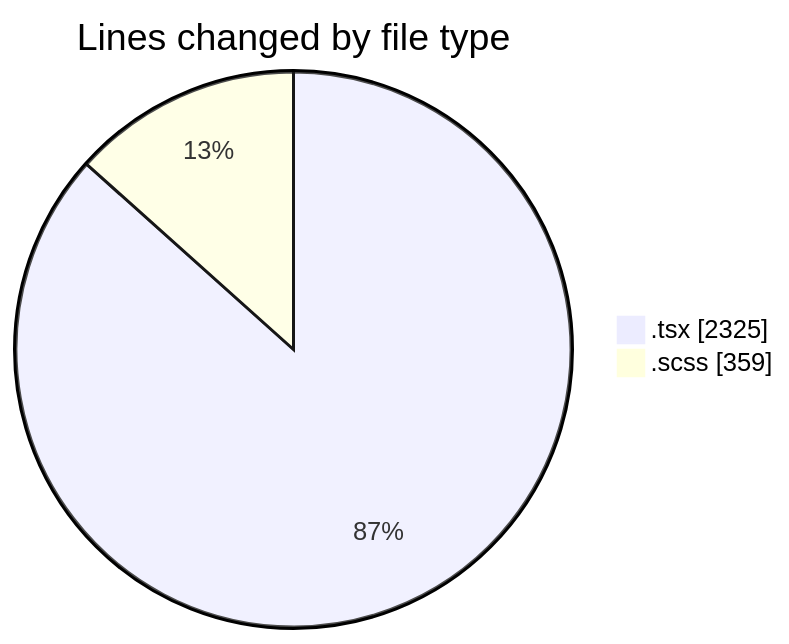
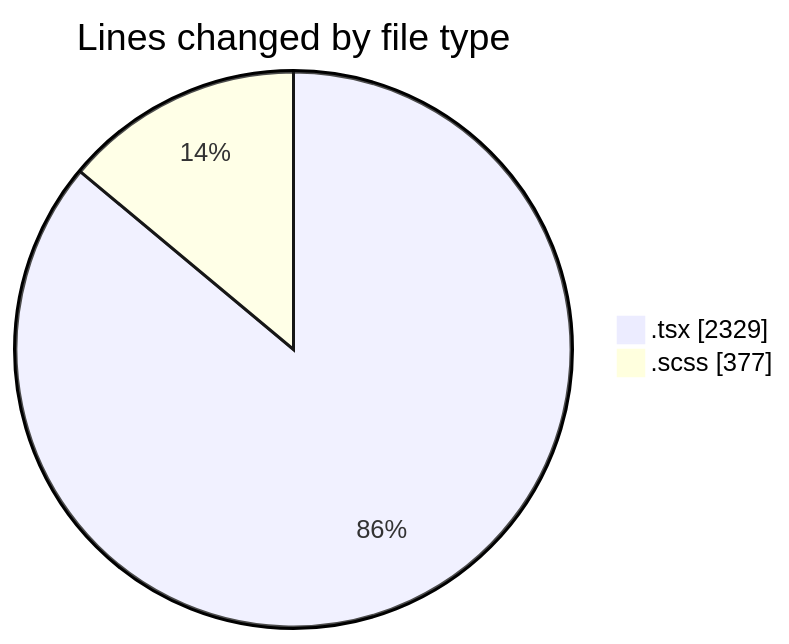
One commit to momahboobian/code-tracking changed the first of 2 diagrams in 2025-09-30/cda/README.md. Above: the diagram before and after it, drawn with Mermaid. The commit also changed other lines of this file and 1 other file, not shown here.

````diff
--- a/2025-09-30/cda/README.md
+++ b/2025-09-30/cda/README.md
@@ -23,6 +23,6 @@
 ```mermaid
 pie showData
 title Lines changed by file type
-".tsx" : 2325
-".scss" : 359
+".tsx" : 2329
+".scss" : 377
 ```
````
